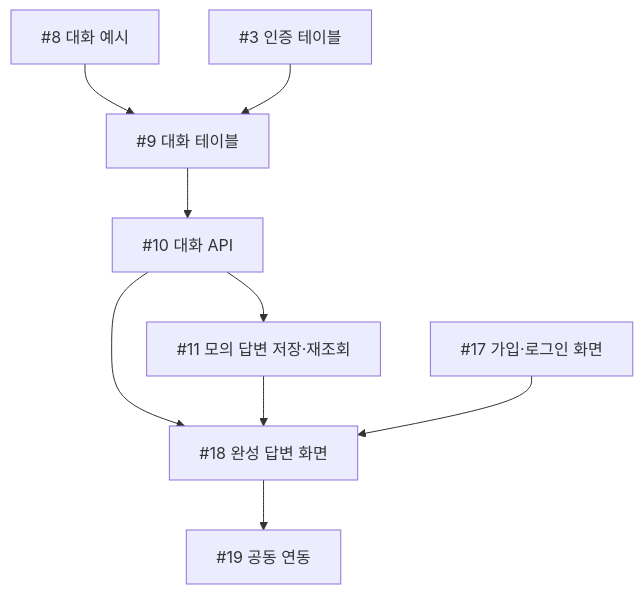
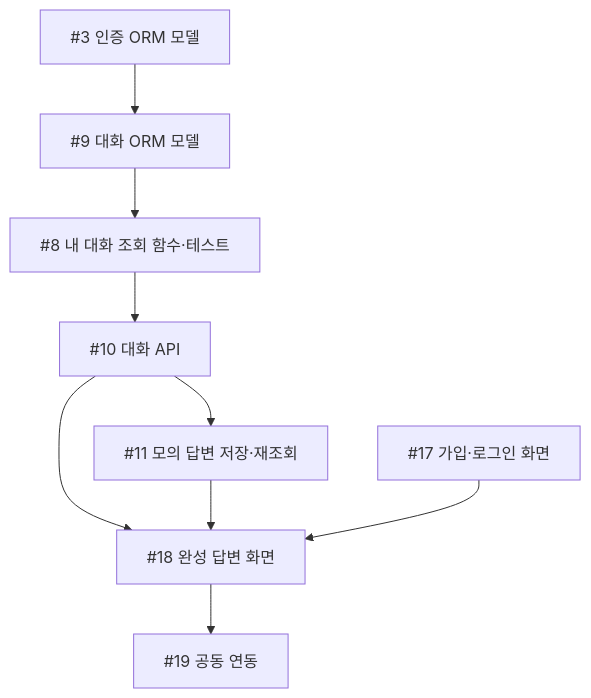
One commit to next-stop-siren/Next-Stop-Siren changed the second of 2 diagrams in docs/development-flow.md. Above: the diagram before and after it, drawn with Mermaid. The commit also changed other lines of this file and 14 other files, not shown here.

````diff
--- a/docs/development-flow.md
+++ b/docs/development-flow.md
@@ -34,9 +38,8 @@
 ```mermaid
 flowchart TD
-  C8["#8 대화 예시"] --> C9["#9 대화 테이블"] --> C10["#10 대화 API"] --> C11["#11 모의 답변 저장·재조회"]
-  A3["#3 인증 테이블"] --> C9
+  A3["#3 인증 ORM 모델"] --> C9["#9 대화 ORM 모델"] --> C8["#8 내 대화 조회 함수·테스트"] --> C10["#10 대화 API"] --> C11["#11 모의 답변 저장·재조회"]
   C10 --> F18["#18 완성 답변 화면"]
   C11 --> F18
   F17["#17 가입·로그인 화면"] --> F18
   F18 --> I19["#19 공동 연동"]
 ```
````
